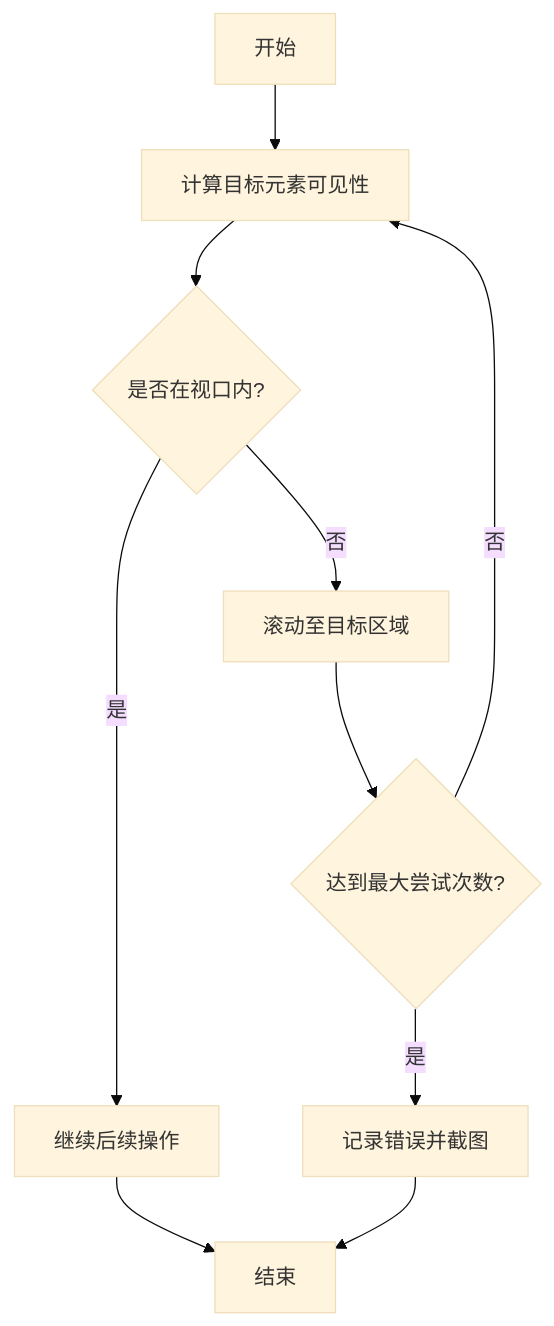
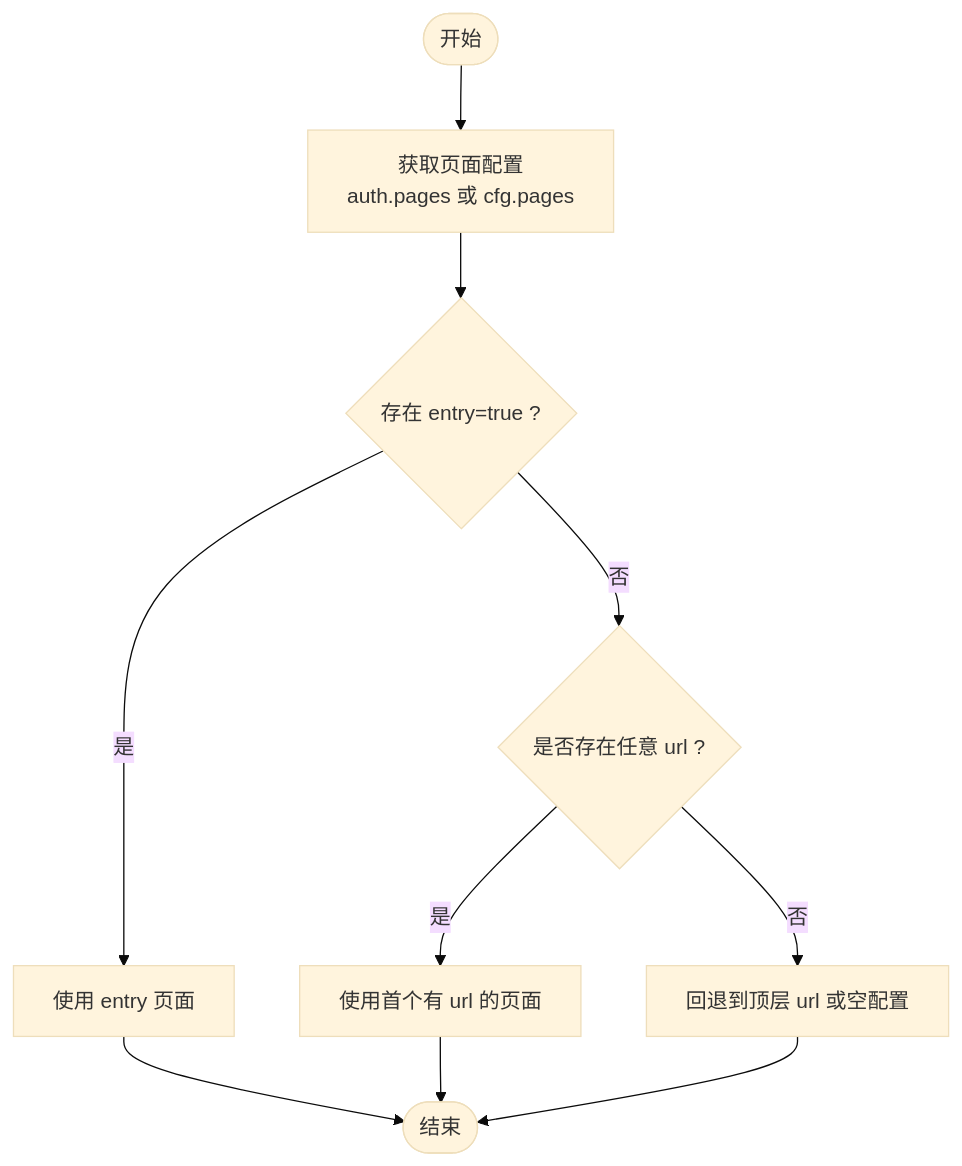
Before and after one commit to alvinwangzi/goodhr: the third of 6 diagrams in .qoder/repowiki/zh/content/本地执行器/平台适配器/前程无忧适配器/页面导航.md, drawn with Mermaid (base theme). The commit also changed other lines of this file and 149 other files, not shown here.

````diff
--- a/.qoder/repowiki/zh/content/本地执行器/平台适配器/前程无忧适配器/页面导航.md
+++ b/.qoder/repowiki/zh/content/本地执行器/平台适配器/前程无忧适配器/页面导航.md
@@ -252,12 +117,12 @@
 ```mermaid
 flowchart TD
-A["开始"] --> B["计算目标元素可见性"]
-B --> C{"是否在视口内?"}
-C --> |是| D["继续后续操作"]
-C --> |否| E["滚动至目标区域"]
-E --> F{"达到最大尝试次数?"}
-F --> |是| G["记录错误并截图"]
-F --> |否| B
-D --> H["结束"]
-G --> H
+Start(["开始"]) --> GetPages["获取页面配置<br/>auth.pages 或 cfg.pages"]
+GetPages --> HasEntry{"存在 entry=true ?"}
+HasEntry -- 是 --> UseEntry["使用 entry 页面"]
+HasEntry -- 否 --> AnyUrl{"是否存在任意 url ?"}
+AnyUrl -- 是 --> UseAny["使用首个有 url 的页面"]
+AnyUrl -- 否 --> Fallback["回退到顶层 url 或空配置"]
+UseEntry --> End(["结束"])
+UseAny --> End
+Fallback --> End
 ```
````
